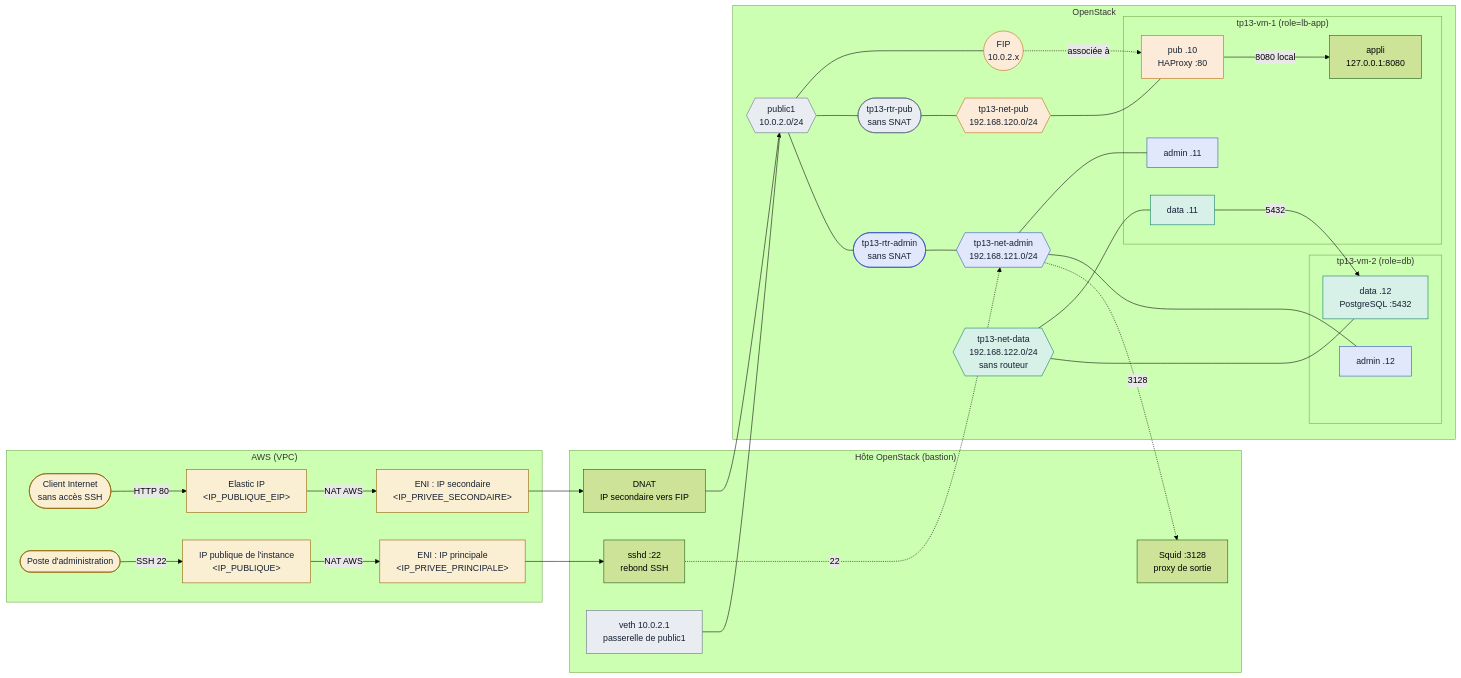
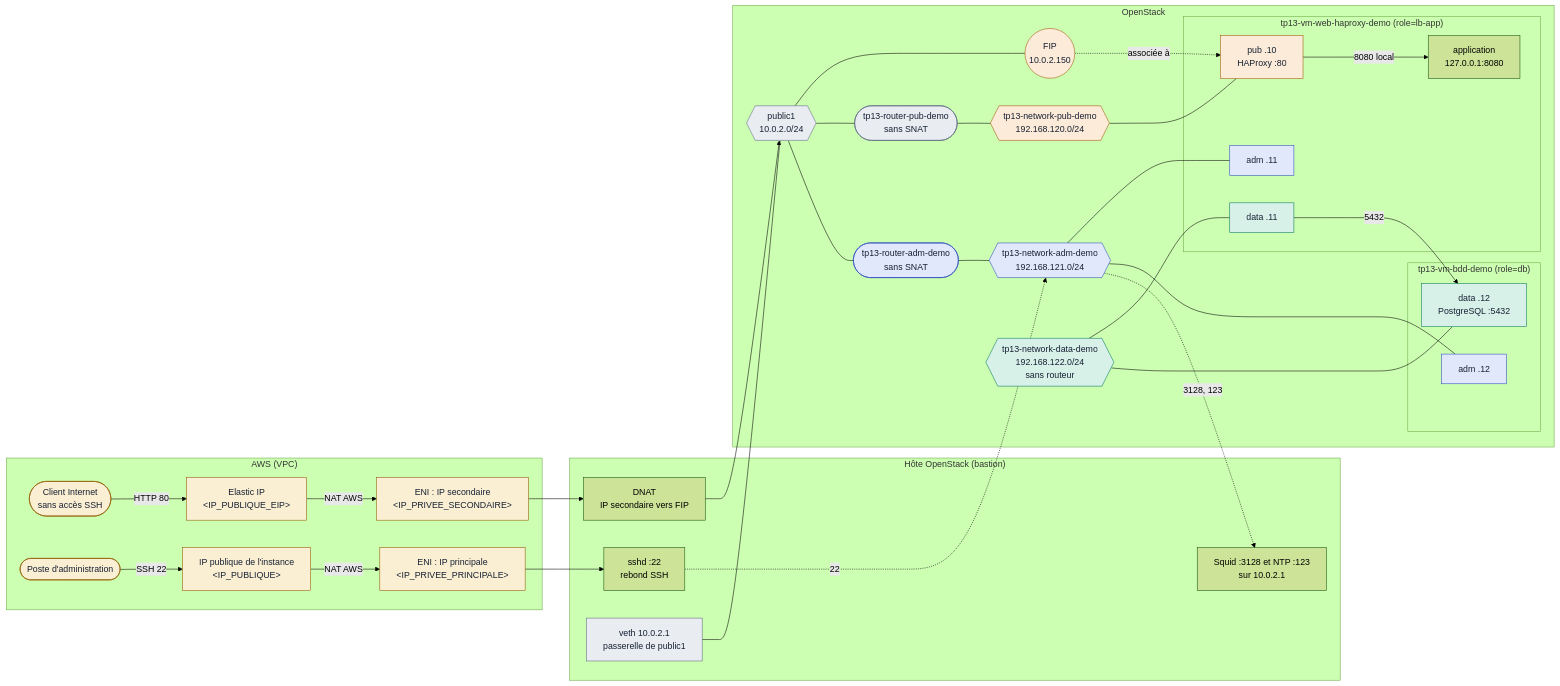
Before and after one commit to eazysec/openstack-lab-trainee: the first of 3 diagrams in tps/tp13-architecture.md, drawn with Mermaid (forest theme). The commit also changed other lines of this file and 16 other files, not shown here.

First line of the commit message:
feat: TP 13, déployer une architecture sécurisée (2026.10.3)

````diff
--- a/tps/tp13-architecture.md
+++ b/tps/tp13-architecture.md
@@ -112,62 +126,62 @@
 ```mermaid
 flowchart LR
   subgraph AWS["AWS (VPC)"]
     CLI(["Client Internet<br>sans accès SSH"])
     EIP["Elastic IP<br>#lt;IP_PUBLIQUE_EIP#gt;"]
     SEC["ENI : IP secondaire<br>#lt;IP_PRIVEE_SECONDAIRE#gt;"]
     POSTE(["Poste d'administration"])
     IPP["IP publique de l'instance<br>#lt;IP_PUBLIQUE#gt;"]
     PRI["ENI : IP principale<br>#lt;IP_PRIVEE_PRINCIPALE#gt;"]
   end
   subgraph HOTE["Hôte OpenStack (bastion)"]
     DNAT["DNAT<br>IP secondaire vers FIP"]
     SSHD["sshd :22<br>rebond SSH"]
-    SQUID["Squid :3128<br>proxy de sortie"]
+    SQUID["Squid :3128 et NTP :123<br>sur 10.0.2.1"]
     GW["veth 10.0.2.1<br>passerelle de public1"]
   end
   subgraph OS["OpenStack"]
     EXT{{"public1<br>10.0.2.0/24"}}
-    FIP(("FIP<br>10.0.2.x"))
-    RPUB(["tp13-rtr-pub<br>sans SNAT"])
-    RADM(["tp13-rtr-admin<br>sans SNAT"])
-    NPUB{{"tp13-net-pub<br>192.168.120.0/24"}}
-    NADM{{"tp13-net-admin<br>192.168.121.0/24"}}
-    NDATA{{"tp13-net-data<br>192.168.122.0/24<br>sans routeur"}}
-    subgraph VM1["tp13-vm-1 (role=lb-app)"]
+    FIP(("FIP<br>10.0.2.150"))
+    RPUB(["tp13-router-pub-demo<br>sans SNAT"])
+    RADM(["tp13-router-adm-demo<br>sans SNAT"])
+    NPUB{{"tp13-network-pub-demo<br>192.168.120.0/24"}}
+    NADM{{"tp13-network-adm-demo<br>192.168.121.0/24"}}
+    NDATA{{"tp13-network-data-demo<br>192.168.122.0/24<br>sans routeur"}}
+    subgraph VM1["tp13-vm-web-haproxy-demo (role=lb-app)"]
       V1P["pub .10<br>HAProxy :80"]
-      V1A["admin .11"]
+      V1A["adm .11"]
       V1D["data .11"]
-      APP["appli<br>127.0.0.1:8080"]
+      APP["application<br>127.0.0.1:8080"]
     end
-    subgraph VM2["tp13-vm-2 (role=db)"]
-      V2A["admin .12"]
+    subgraph VM2["tp13-vm-bdd-demo (role=db)"]
+      V2A["adm .12"]
       V2D["data .12<br>PostgreSQL :5432"]
     end
   end
 
   CLI -->|"HTTP 80"| EIP -->|"NAT AWS"| SEC --> DNAT --> EXT
   POSTE -->|"SSH 22"| IPP -->|"NAT AWS"| PRI --> SSHD
   EXT --- FIP -.->|"associée à"| V1P
   GW --- EXT
   EXT --- RPUB --- NPUB --- V1P
   EXT --- RADM --- NADM
   NADM --- V1A
   NADM --- V2A
   NDATA --- V1D
   NDATA --- V2D
   V1P -->|"8080 local"| APP
   V1D -->|"5432"| V2D
   SSHD -.->|"22"| NADM
-  NADM -.->|"3128"| SQUID
+  NADM -.->|"3128, 123"| SQUID
 
-  classDef pub fill:#FCEBD8,stroke:#BF630C,color:#162033
+  classDef pub fill:#FCEBD8,stroke:#A4550A,color:#162033
   classDef adm fill:#E2E8FB,stroke:#2C4CC2,color:#162033
-  classDef data fill:#D7F0E8,stroke:#08795F,color:#162033
+  classDef data fill:#D7F0E8,stroke:#08775D,color:#162033
   classDef ext fill:#E9ECF1,stroke:#5F6B82,color:#162033
   classDef aws fill:#FBEFD3,stroke:#8F5A00,color:#162033
   class NPUB,V1P,FIP pub
   class NADM,V1A,V2A,RADM adm
   class NDATA,V1D,V2D data
   class EXT,GW,RPUB ext
   class CLI,EIP,SEC,POSTE,IPP,PRI aws
 ```
````
